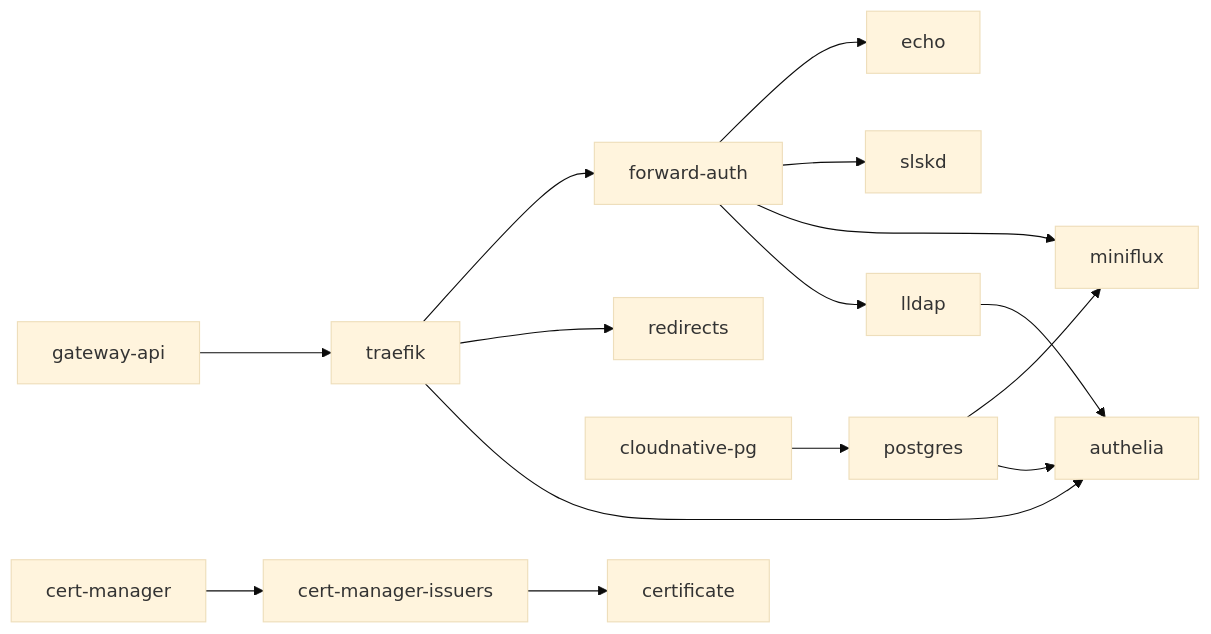
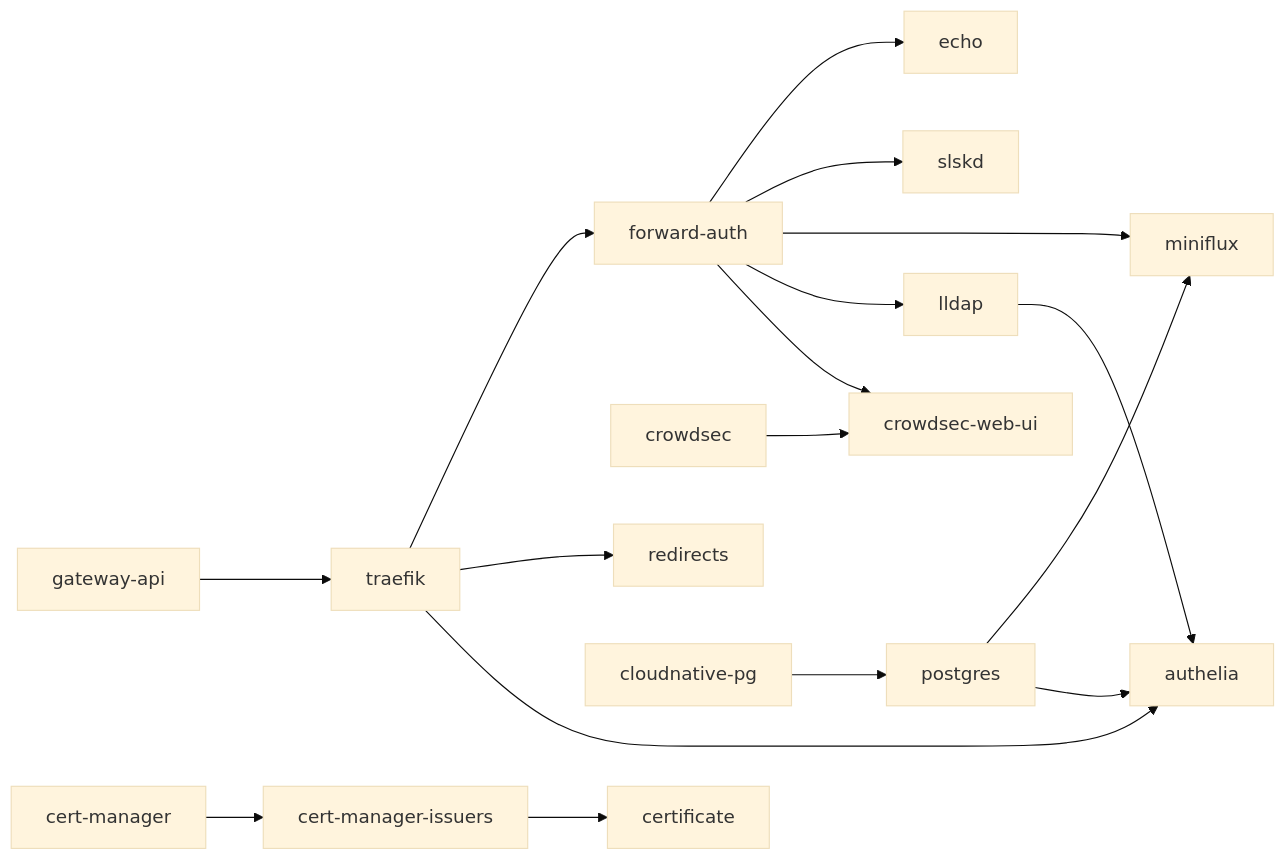
One commit to rafi/machines changed the third of 5 diagrams in docs/architecture.md. Above: the diagram before and after it, drawn with Mermaid (base theme). The commit also changed other lines of this file and 23 other files, not shown here.

Commit message:
feat(kube): add crowdsec with a Traefik bouncer

````diff
--- a/docs/architecture.md
+++ b/docs/architecture.md
@@ -117,9 +127,10 @@
 ```mermaid
 flowchart LR
-  gw["gateway-api"] --> traefik --> fa["forward-auth"] --> echo & slskd & miniflux & lldap
+  gw["gateway-api"] --> traefik --> fa["forward-auth"] --> echo & slskd & miniflux & lldap & webui["crowdsec-web-ui"]
+  crowdsec --> webui
   traefik --> redirects
   cnpg["cloudnative-pg"] --> postgres --> miniflux & authelia
   lldap --> authelia
   traefik --> authelia
   cm["cert-manager"] --> issuers["cert-manager-issuers"] --> certificate
 ```
````
